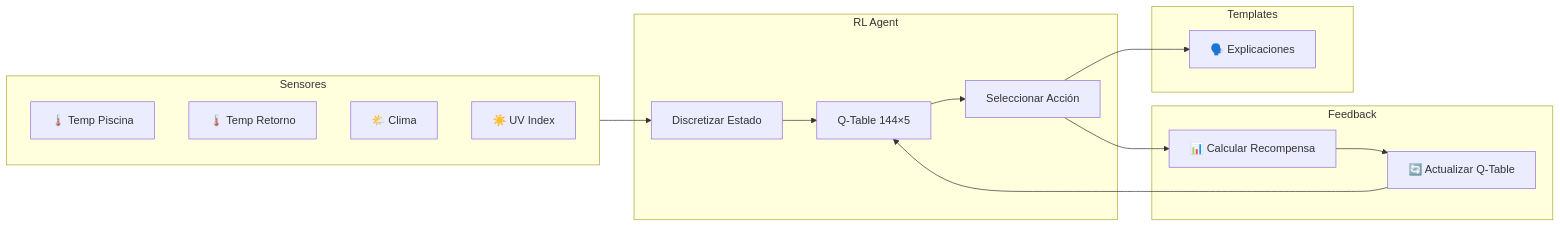
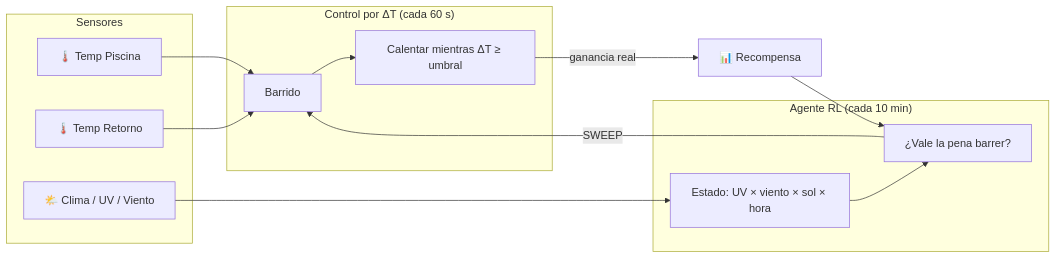
The first of 2 diagrams in README.md (pabloantonelli/solar-pool-ai), drawn with Mermaid before and after one commit. The commit also changed other lines of this file and 35 other files, not shown here.

First line of the commit message:
feat: Motor v2 (control por ΔT + RL de barrido), modos y protecciones

````diff
--- a/README.md
+++ b/README.md
@@ -33,29 +37,23 @@
 ```mermaid
 flowchart LR
     subgraph Sensores
         P[🌡️ Temp Piscina]
         R[🌡️ Temp Retorno]
-        W[🌤️ Clima]
-        UV[☀️ UV Index]
+        W[🌤️ Clima / UV / Viento]
     end
-    
-    subgraph "RL Agent"
-        D[Discretizar Estado]
-        Q[Q-Table 144×5]
-        A[Seleccionar Acción]
+
+    subgraph "Agente RL (cada 10 min)"
+        D[Estado: UV × viento × sol × hora]
+        Q[¿Vale la pena barrer?]
     end
-    
-    subgraph "Templates"
-        T[🗣️ Explicaciones]
+
+    subgraph "Control por ΔT (cada 60 s)"
+        S[Barrido]
+        H[Calentar mientras ΔT ≥ umbral]
     end
-    
-    Sensores --> D --> Q --> A
-    A --> T
-    
-    subgraph "Feedback"
-        RW[📊 Calcular Recompensa]
-        UP[🔄 Actualizar Q-Table]
-    end
-    
-    A --> RW --> UP --> Q
+
+    W --> D --> Q -->|SWEEP| S
+    P --> S
+    R --> S --> H
+    H -->|ganancia real| RW[📊 Recompensa] --> Q
 ```
````
